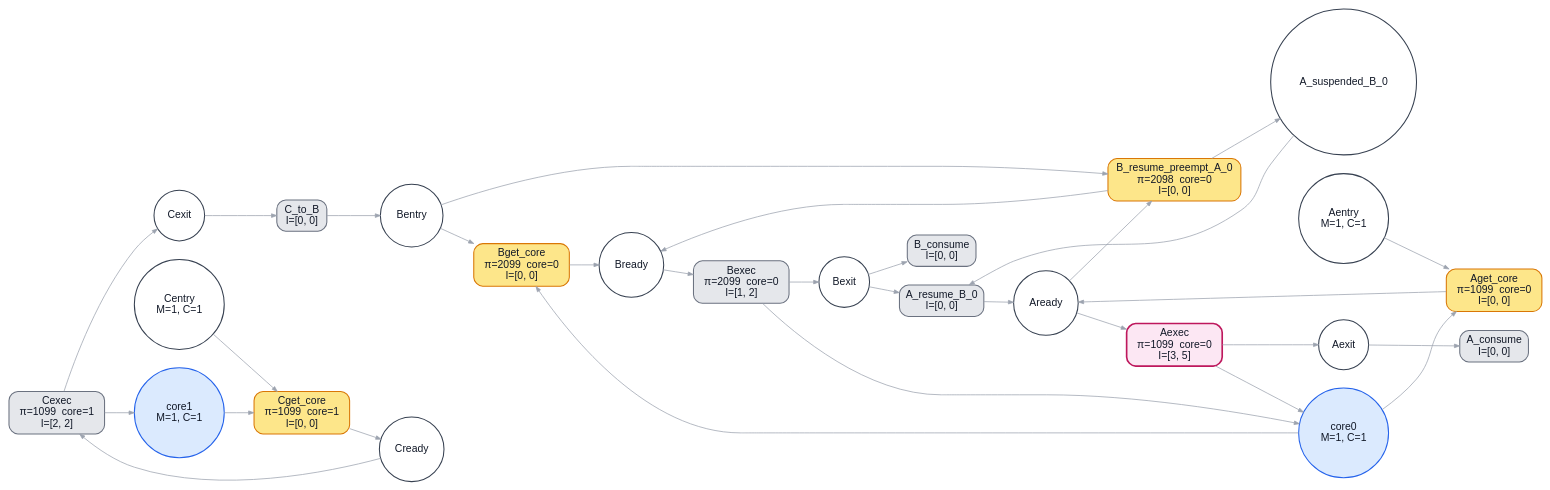
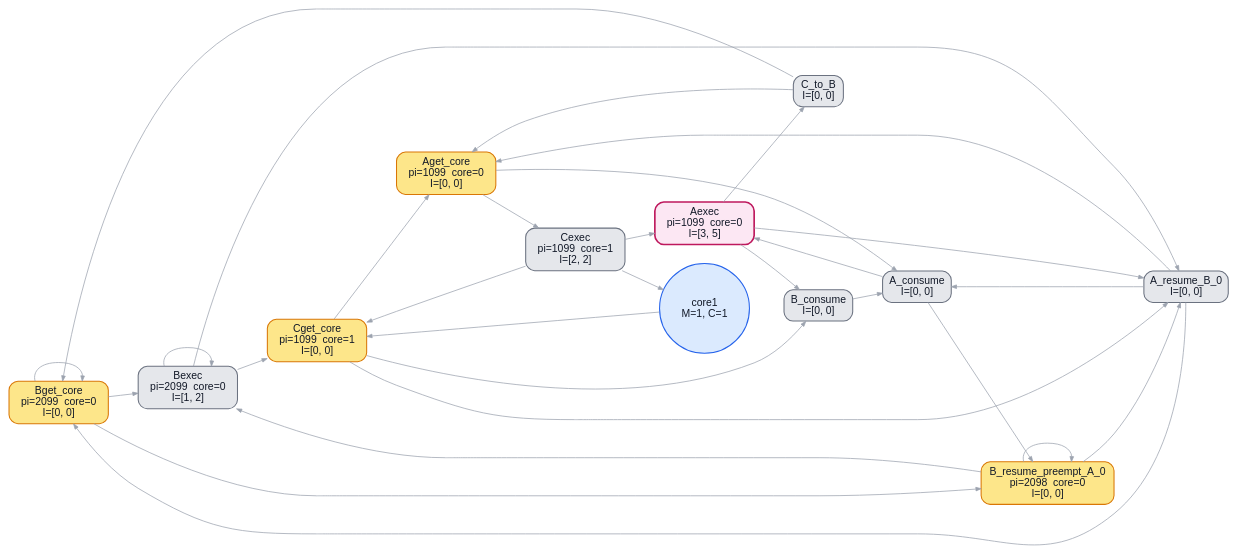
One commit to kevindadi/PPTPN changed the diagram in example/bench/preemption_delayed/ptpn.dot. Above: the diagram before and after it, drawn with Graphviz. The commit also changed 29 other files, not shown here.

```diff
--- a/example/bench/preemption_delayed/ptpn.dot
+++ b/example/bench/preemption_delayed/ptpn.dot
@@ -1,57 +1,57 @@
 digraph G {
 graph [rankdir=LR, fontname="Helvetica", nodesep=0.35, ranksep=0.55, bgcolor="white"];
 node [fontname="Helvetica", margin=0.08, style="filled,rounded", fontcolor="#111827"];
 edge [fontname="Helvetica", color="#9ca3af", arrowsize=0.7];
-"Bentry" [label="Bentry", shape="circle", style="filled,rounded", fillcolor="#ffffff", color="#374151", fontcolor="#111827", penwidth="1.4"];
-"Bready" [label="Bready", shape="circle", style="filled,rounded", fillcolor="#ffffff", color="#374151", fontcolor="#111827", penwidth="1.4"];
-"Bexit" [label="Bexit", shape="circle", style="filled,rounded", fillcolor="#ffffff", color="#374151", fontcolor="#111827", penwidth="1.4"];
-"Centry" [label="Centry\nM=1, C=1", shape="circle", style="filled,rounded", fillcolor="#ffffff", color="#374151", fontcolor="#111827", penwidth="1.4"];
-"Cready" [label="Cready", shape="circle", style="filled,rounded", fillcolor="#ffffff", color="#374151", fontcolor="#111827", penwidth="1.4"];
-"Cexit" [label="Cexit", shape="circle", style="filled,rounded", fillcolor="#ffffff", color="#374151", fontcolor="#111827", penwidth="1.4"];
-"Aentry" [label="Aentry\nM=1, C=1", shape="circle", style="filled,rounded", fillcolor="#ffffff", color="#374151", fontcolor="#111827", penwidth="1.4"];
-"Aready" [label="Aready", shape="circle", style="filled,rounded", fillcolor="#ffffff", color="#374151", fontcolor="#111827", penwidth="1.4"];
-"Aexit" [label="Aexit", shape="circle", style="filled,rounded", fillcolor="#ffffff", color="#374151", fontcolor="#111827", penwidth="1.4"];
-"A_suspended_B_0" [label="A_suspended_B_0", shape="circle", style="filled,rounded", fillcolor="#ffffff", color="#374151", fontcolor="#111827", penwidth="1.4"];
-"core0" [label="core0\nM=1, C=1", shape="circle", style="filled,rounded", fillcolor="#dbeafe", color="#2563eb", fontcolor="#111827", penwidth="1.4"];
-"core1" [label="core1\nM=1, C=1", shape="circle", style="filled,rounded", fillcolor="#dbeafe", color="#2563eb", fontcolor="#111827", penwidth="1.4"];
-"Bget_core" [label="Bget_core\nπ=2099  core=0\nI=[0, 0]", shape="box", style="filled,rounded", fillcolor="#fde68a", color="#d97706", fontcolor="#111827", penwidth="1.4"];
-"Bexec" [label="Bexec\nπ=2099  core=0\nI=[1, 2]", shape="box", style="filled,rounded", fillcolor="#e5e7eb", color="#6b7280", fontcolor="#111827", penwidth="1.4"];
-"Cget_core" [label="Cget_core\nπ=1099  core=1\nI=[0, 0]", shape="box", style="filled,rounded", fillcolor="#fde68a", color="#d97706", fontcolor="#111827", penwidth="1.4"];
-"Cexec" [label="Cexec\nπ=1099  core=1\nI=[2, 2]", shape="box", style="filled,rounded", fillcolor="#e5e7eb", color="#6b7280", fontcolor="#111827", penwidth="1.4"];
-"Aget_core" [label="Aget_core\nπ=1099  core=0\nI=[0, 0]", shape="box", style="filled,rounded", fillcolor="#fde68a", color="#d97706", fontcolor="#111827", penwidth="1.4"];
-"Aexec" [label="Aexec\nπ=1099  core=0\nI=[3, 5]", shape="box", style="filled,rounded", fillcolor="#fce7f3", color="#be185d", fontcolor="#111827", penwidth="2.2"];
-"C_to_B" [label="C_to_B\nI=[0, 0]", shape="box", style="filled,rounded", fillcolor="#e5e7eb", color="#6b7280", fontcolor="#111827", penwidth="1.4"];
-"A_consume" [label="A_consume\nI=[0, 0]", shape="box", style="filled,rounded", fillcolor="#e5e7eb", color="#6b7280", fontcolor="#111827", penwidth="1.4"];
-"B_consume" [label="B_consume\nI=[0, 0]", shape="box", style="filled,rounded", fillcolor="#e5e7eb", color="#6b7280", fontcolor="#111827", penwidth="1.4"];
-"B_resume_preempt_A_0" [label="B_resume_preempt_A_0\nπ=2098  core=0\nI=[0, 0]", shape="box", style="filled,rounded", fillcolor="#fde68a", color="#d97706", fontcolor="#111827", penwidth="1.4"];
-"A_resume_B_0" [label="A_resume_B_0\nI=[0, 0]", shape="box", style="filled,rounded", fillcolor="#e5e7eb", color="#6b7280", fontcolor="#111827", penwidth="1.4"];
-"Bentry" -> "Bget_core" [label="", color="#9ca3af", penwidth="1.0"];
-"Bentry" -> "B_resume_preempt_A_0" [label="", color="#9ca3af", penwidth="1.0"];
-"Bready" -> "Bexec" [label="", color="#9ca3af", penwidth="1.0"];
-"Bexit" -> "B_consume" [label="", color="#9ca3af", penwidth="1.0"];
-"Bexit" -> "A_resume_B_0" [label="", color="#9ca3af", penwidth="1.0"];
-"Centry" -> "Cget_core" [label="", color="#9ca3af", penwidth="1.0"];
-"Cready" -> "Cexec" [label="", color="#9ca3af", penwidth="1.0"];
-"Cexit" -> "C_to_B" [label="", color="#9ca3af", penwidth="1.0"];
-"Aentry" -> "Aget_core" [label="", color="#9ca3af", penwidth="1.0"];
-"Aready" -> "Aexec" [label="", color="#9ca3af", penwidth="1.0"];
-"Aready" -> "B_resume_preempt_A_0" [label="", color="#9ca3af", penwidth="1.0"];
-"Aexit" -> "A_consume" [label="", color="#9ca3af", penwidth="1.0"];
-"A_suspended_B_0" -> "A_resume_B_0" [label="", color="#9ca3af", penwidth="1.0"];
-"core0" -> "Bget_core" [label="", color="#9ca3af", penwidth="1.0"];
-"core0" -> "Aget_core" [label="", color="#9ca3af", penwidth="1.0"];
-"core1" -> "Cget_core" [label="", color="#9ca3af", penwidth="1.0"];
-"Bget_core" -> "Bready" [label="", color="#9ca3af", penwidth="1.0"];
-"Bexec" -> "Bexit" [label="", color="#9ca3af", penwidth="1.0"];
-"Bexec" -> "core0" [label="", color="#9ca3af", penwidth="1.0"];
-"Cget_core" -> "Cready" [label="", color="#9ca3af", penwidth="1.0"];
-"Cexec" -> "Cexit" [label="", color="#9ca3af", penwidth="1.0"];
-"Cexec" -> "core1" [label="", color="#9ca3af", penwidth="1.0"];
-"Aget_core" -> "Aready" [label="", color="#9ca3af", penwidth="1.0"];
-"Aexec" -> "Aexit" [label="", color="#9ca3af", penwidth="1.0"];
-"Aexec" -> "core0" [label="", color="#9ca3af", penwidth="1.0"];
-"C_to_B" -> "Bentry" [label="", color="#9ca3af", penwidth="1.0"];
-"B_resume_preempt_A_0" -> "Bready" [label="", color="#9ca3af", penwidth="1.0"];
-"B_resume_preempt_A_0" -> "A_suspended_B_0" [label="", color="#9ca3af", penwidth="1.0"];
-"A_resume_B_0" -> "Aready" [label="", color="#9ca3af", penwidth="1.0"];
+"0" [label="Bentry", shape="circle", style="filled,rounded", fillcolor="#ffffff", color="#374151", fontcolor="#111827", penwidth="1.4"];
+"1" [label="Bready", shape="circle", style="filled,rounded", fillcolor="#ffffff", color="#374151", fontcolor="#111827", penwidth="1.4"];
+"2" [label="Bexit", shape="circle", style="filled,rounded", fillcolor="#ffffff", color="#374151", fontcolor="#111827", penwidth="1.4"];
+"3" [label="Centry\nM=1, C=1", shape="circle", style="filled,rounded", fillcolor="#ffffff", color="#374151", fontcolor="#111827", penwidth="1.4"];
+"4" [label="Cready", shape="circle", style="filled,rounded", fillcolor="#ffffff", color="#374151", fontcolor="#111827", penwidth="1.4"];
+"5" [label="Cexit", shape="circle", style="filled,rounded", fillcolor="#ffffff", color="#374151", fontcolor="#111827", penwidth="1.4"];
+"6" [label="Aentry\nM=1, C=1", shape="circle", style="filled,rounded", fillcolor="#ffffff", color="#374151", fontcolor="#111827", penwidth="1.4"];
+"7" [label="Aready", shape="circle", style="filled,rounded", fillcolor="#ffffff", color="#374151", fontcolor="#111827", penwidth="1.4"];
+"8" [label="Aexit", shape="circle", style="filled,rounded", fillcolor="#ffffff", color="#374151", fontcolor="#111827", penwidth="1.4"];
+"9" [label="A_suspended_B_0", shape="circle", style="filled,rounded", fillcolor="#ffffff", color="#374151", fontcolor="#111827", penwidth="1.4"];
+"10" [label="core0\nM=1, C=1", shape="circle", style="filled,rounded", fillcolor="#dbeafe", color="#2563eb", fontcolor="#111827", penwidth="1.4"];
+"11" [label="core1\nM=1, C=1", shape="circle", style="filled,rounded", fillcolor="#dbeafe", color="#2563eb", fontcolor="#111827", penwidth="1.4"];
+"0" [label="Bget_core\npi=2099  core=0\nI=[0, 0]", shape="box", style="filled,rounded", fillcolor="#fde68a", color="#d97706", fontcolor="#111827", penwidth="1.4"];
+"1" [label="Bexec\npi=2099  core=0\nI=[1, 2]", shape="box", style="filled,rounded", fillcolor="#e5e7eb", color="#6b7280", fontcolor="#111827", penwidth="1.4"];
+"2" [label="Cget_core\npi=1099  core=1\nI=[0, 0]", shape="box", style="filled,rounded", fillcolor="#fde68a", color="#d97706", fontcolor="#111827", penwidth="1.4"];
+"3" [label="Cexec\npi=1099  core=1\nI=[2, 2]", shape="box", style="filled,rounded", fillcolor="#e5e7eb", color="#6b7280", fontcolor="#111827", penwidth="1.4"];
+"4" [label="Aget_core\npi=1099  core=0\nI=[0, 0]", shape="box", style="filled,rounded", fillcolor="#fde68a", color="#d97706", fontcolor="#111827", penwidth="1.4"];
+"5" [label="Aexec\npi=1099  core=0\nI=[3, 5]", shape="box", style="filled,rounded", fillcolor="#fce7f3", color="#be185d", fontcolor="#111827", penwidth="2.2"];
+"6" [label="C_to_B\nI=[0, 0]", shape="box", style="filled,rounded", fillcolor="#e5e7eb", color="#6b7280", fontcolor="#111827", penwidth="1.4"];
+"7" [label="A_consume\nI=[0, 0]", shape="box", style="filled,rounded", fillcolor="#e5e7eb", color="#6b7280", fontcolor="#111827", penwidth="1.4"];
+"8" [label="B_consume\nI=[0, 0]", shape="box", style="filled,rounded", fillcolor="#e5e7eb", color="#6b7280", fontcolor="#111827", penwidth="1.4"];
+"9" [label="B_resume_preempt_A_0\npi=2098  core=0\nI=[0, 0]", shape="box", style="filled,rounded", fillcolor="#fde68a", color="#d97706", fontcolor="#111827", penwidth="1.4"];
+"10" [label="A_resume_B_0\nI=[0, 0]", shape="box", style="filled,rounded", fillcolor="#e5e7eb", color="#6b7280", fontcolor="#111827", penwidth="1.4"];
+"0" -> "0" [label="", color="#9ca3af", penwidth="1.0"];
+"0" -> "9" [label="", color="#9ca3af", penwidth="1.0"];
+"1" -> "1" [label="", color="#9ca3af", penwidth="1.0"];
+"2" -> "8" [label="", color="#9ca3af", penwidth="1.0"];
+"2" -> "10" [label="", color="#9ca3af", penwidth="1.0"];
+"3" -> "2" [label="", color="#9ca3af", penwidth="1.0"];
+"4" -> "3" [label="", color="#9ca3af", penwidth="1.0"];
+"5" -> "6" [label="", color="#9ca3af", penwidth="1.0"];
+"6" -> "4" [label="", color="#9ca3af", penwidth="1.0"];
+"7" -> "5" [label="", color="#9ca3af", penwidth="1.0"];
+"7" -> "9" [label="", color="#9ca3af", penwidth="1.0"];
+"8" -> "7" [label="", color="#9ca3af", penwidth="1.0"];
+"9" -> "10" [label="", color="#9ca3af", penwidth="1.0"];
+"10" -> "0" [label="", color="#9ca3af", penwidth="1.0"];
+"10" -> "4" [label="", color="#9ca3af", penwidth="1.0"];
+"11" -> "2" [label="", color="#9ca3af", penwidth="1.0"];
+"0" -> "1" [label="", color="#9ca3af", penwidth="1.0"];
+"1" -> "2" [label="", color="#9ca3af", penwidth="1.0"];
+"1" -> "10" [label="", color="#9ca3af", penwidth="1.0"];
+"2" -> "4" [label="", color="#9ca3af", penwidth="1.0"];
+"3" -> "5" [label="", color="#9ca3af", penwidth="1.0"];
+"3" -> "11" [label="", color="#9ca3af", penwidth="1.0"];
+"4" -> "7" [label="", color="#9ca3af", penwidth="1.0"];
+"5" -> "8" [label="", color="#9ca3af", penwidth="1.0"];
+"5" -> "10" [label="", color="#9ca3af", penwidth="1.0"];
+"6" -> "0" [label="", color="#9ca3af", penwidth="1.0"];
+"9" -> "1" [label="", color="#9ca3af", penwidth="1.0"];
+"9" -> "9" [label="", color="#9ca3af", penwidth="1.0"];
+"10" -> "7" [label="", color="#9ca3af", penwidth="1.0"];
 }
```
